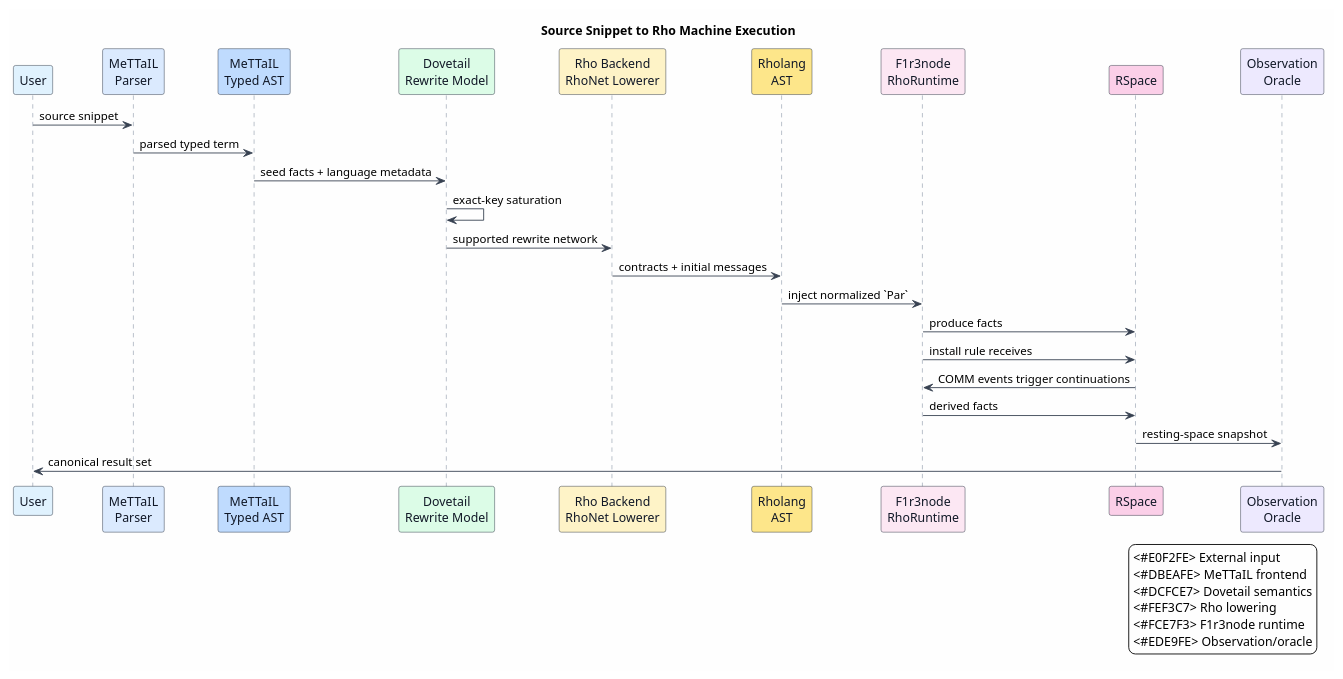
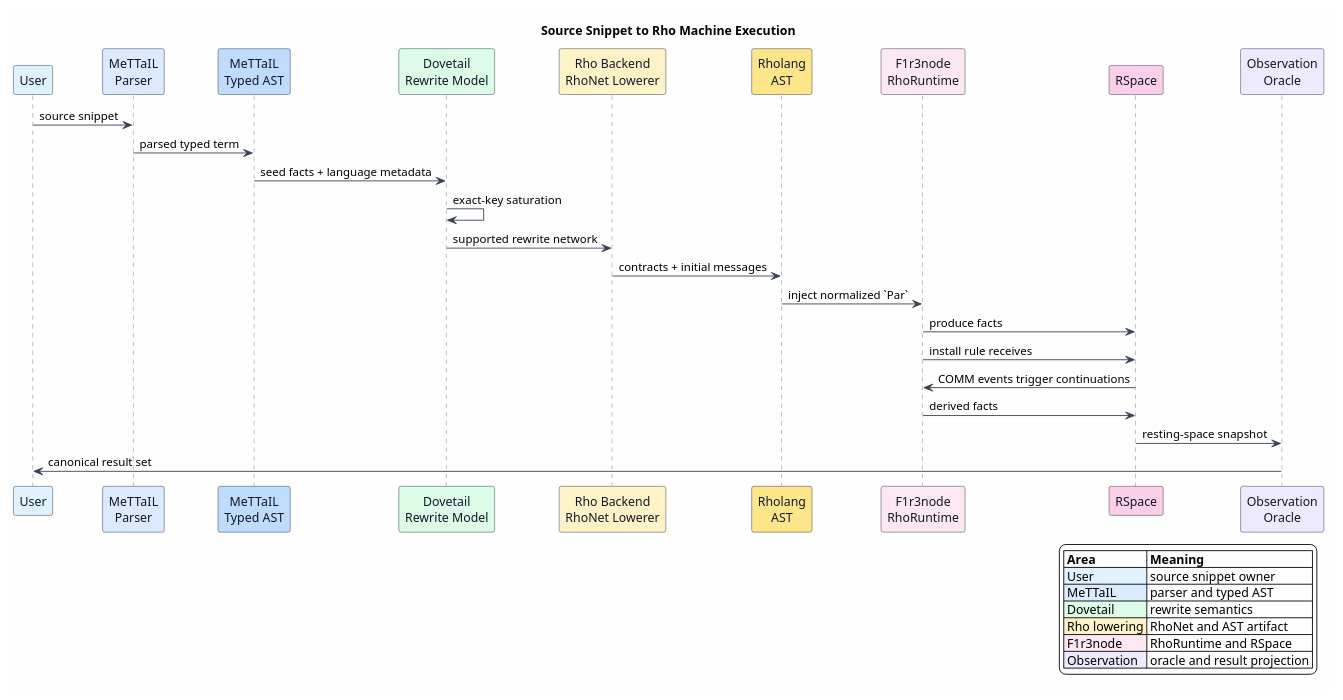
Before and after one commit to F1R3FLY-io/mettail-rust: the diagram in docs/architecture/rho-native-integration/figures/02-end-to-end-architecture.puml, drawn with PlantUML. The commit also changed 32 other files, not shown here.

```diff
--- a/docs/architecture/rho-native-integration/figures/02-end-to-end-architecture.puml
+++ b/docs/architecture/rho-native-integration/figures/02-end-to-end-architecture.puml
@@ -1,46 +1,47 @@
 @startuml
 title Source Snippet to Rho Machine Execution
 
 skinparam backgroundColor #FEFEFE
 skinparam shadowing false
 skinparam sequence {
   ArrowColor #374151
   LifeLineBorderColor #64748B
   LifeLineBackgroundColor #F8FAFC
   ParticipantBorderColor #1F2937
   ParticipantFontColor #111827
 }
 
 participant "User" as User #E0F2FE
 participant "MeTTaIL\nParser" as Parser #DBEAFE
 participant "MeTTaIL\nTyped AST" as AST #BFDBFE
 participant "Dovetail\nRewrite Model" as Dovetail #DCFCE7
 participant "Rho Backend\nRhoNet Lowerer" as Lowerer #FEF3C7
 participant "Rholang\nAST" as Rholang #FDE68A
 participant "F1r3node\nRhoRuntime" as Runtime #FCE7F3
 participant "RSpace" as RSpace #FBCFE8
 participant "Observation\nOracle" as Oracle #EDE9FE
 
 User -> Parser : source snippet
 Parser -> AST : parsed typed term
 AST -> Dovetail : seed facts + language metadata
 Dovetail -> Dovetail : exact-key saturation
 Dovetail -> Lowerer : supported rewrite network
 Lowerer -> Rholang : contracts + initial messages
 Rholang -> Runtime : inject normalized `Par`
 Runtime -> RSpace : produce facts
 Runtime -> RSpace : install rule receives
 RSpace -> Runtime : COMM events trigger continuations
 Runtime -> RSpace : derived facts
 RSpace -> Oracle : resting-space snapshot
 Oracle -> User : canonical result set
 
 legend right
-  <#E0F2FE> External input
-  <#DBEAFE> MeTTaIL frontend
-  <#DCFCE7> Dovetail semantics
-  <#FEF3C7> Rho lowering
-  <#FCE7F3> F1r3node runtime
-  <#EDE9FE> Observation/oracle
+|= Area |= Meaning |
+|<#E0F2FE> User | source snippet owner |
+|<#DBEAFE> MeTTaIL | parser and typed AST |
+|<#DCFCE7> Dovetail | rewrite semantics |
+|<#FEF3C7> Rho lowering | RhoNet and AST artifact |
+|<#FCE7F3> F1r3node | RhoRuntime and RSpace |
+|<#EDE9FE> Observation | oracle and result projection |
 endlegend
 @enduml
```
